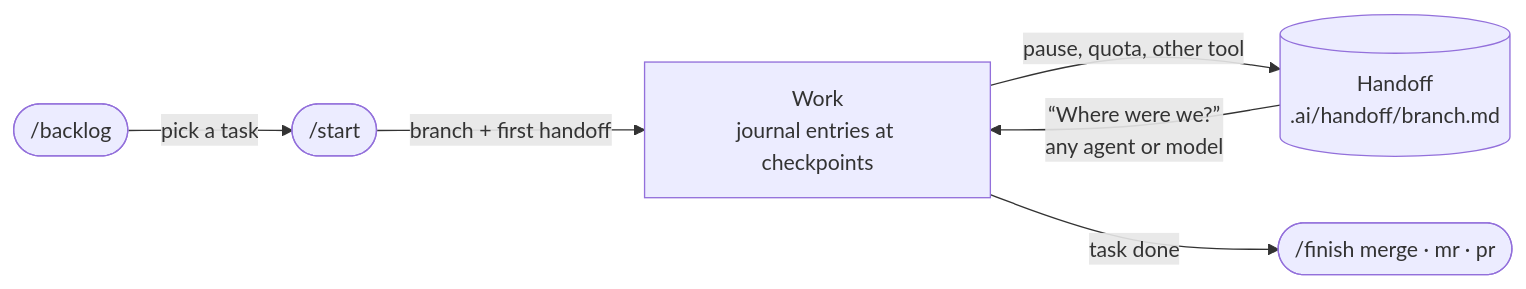
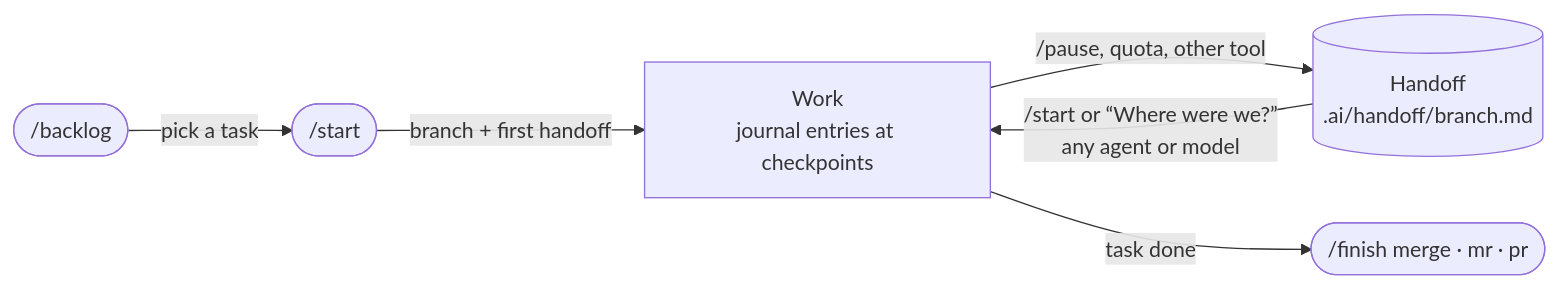
Before and after one commit to SRGSSR/agent-skills: the diagram in README.md, drawn with Mermaid. The commit also changed other lines of this file and 15 other files, not shown here.

Commit message:
pause: /pause checks the handoff and stops the work without closing it; /start alone resumes

````diff
--- a/README.md
+++ b/README.md
@@ -101,8 +101,8 @@
 ```mermaid
 flowchart LR
     A(["/backlog"]) -->|pick a task| B(["/start"])
     B -->|"branch + first handoff"| C["Work<br/>journal entries at checkpoints"]
-    C -->|"pause, quota, other tool"| D[("Handoff<br/>.ai/handoff/branch.md")]
-    D -->|"“Where were we?”<br/>any agent or model"| C
+    C -->|"/pause, quota, other tool"| D[("Handoff<br/>.ai/handoff/branch.md")]
+    D -->|"/start or “Where were we?”<br/>any agent or model"| C
     C -->|task done| E(["/finish merge · mr · pr"])
 ```
````
